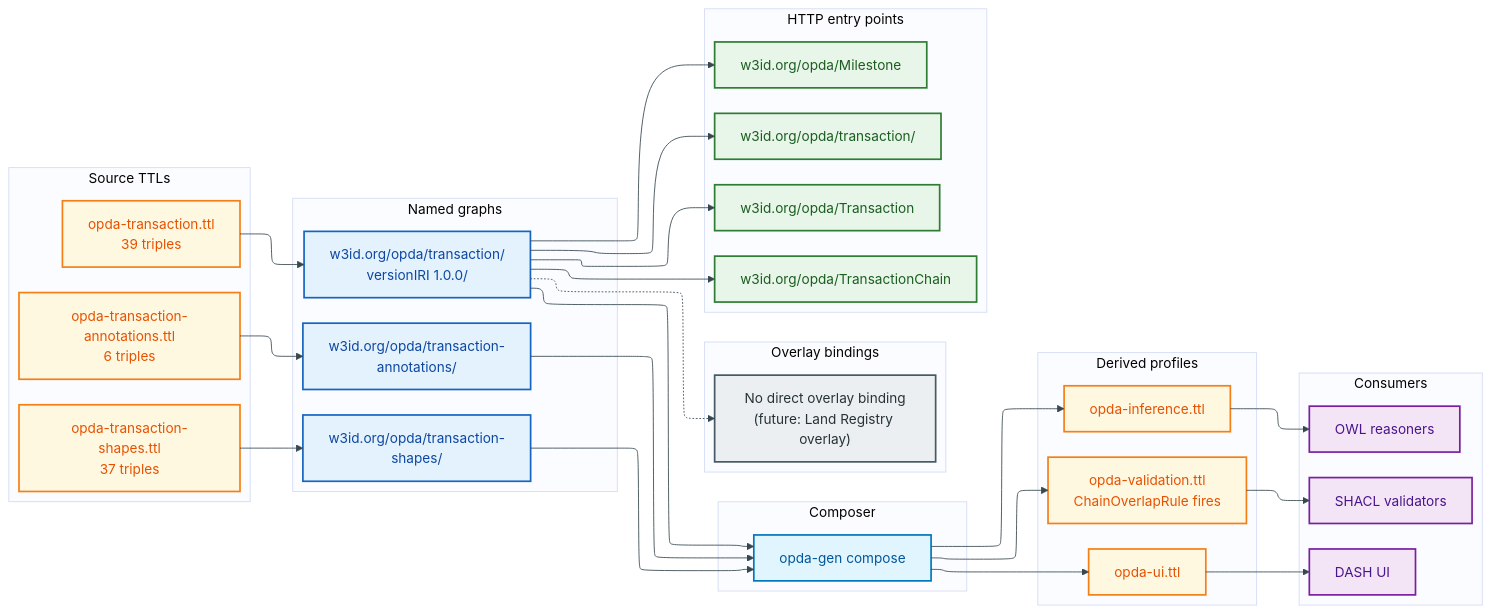
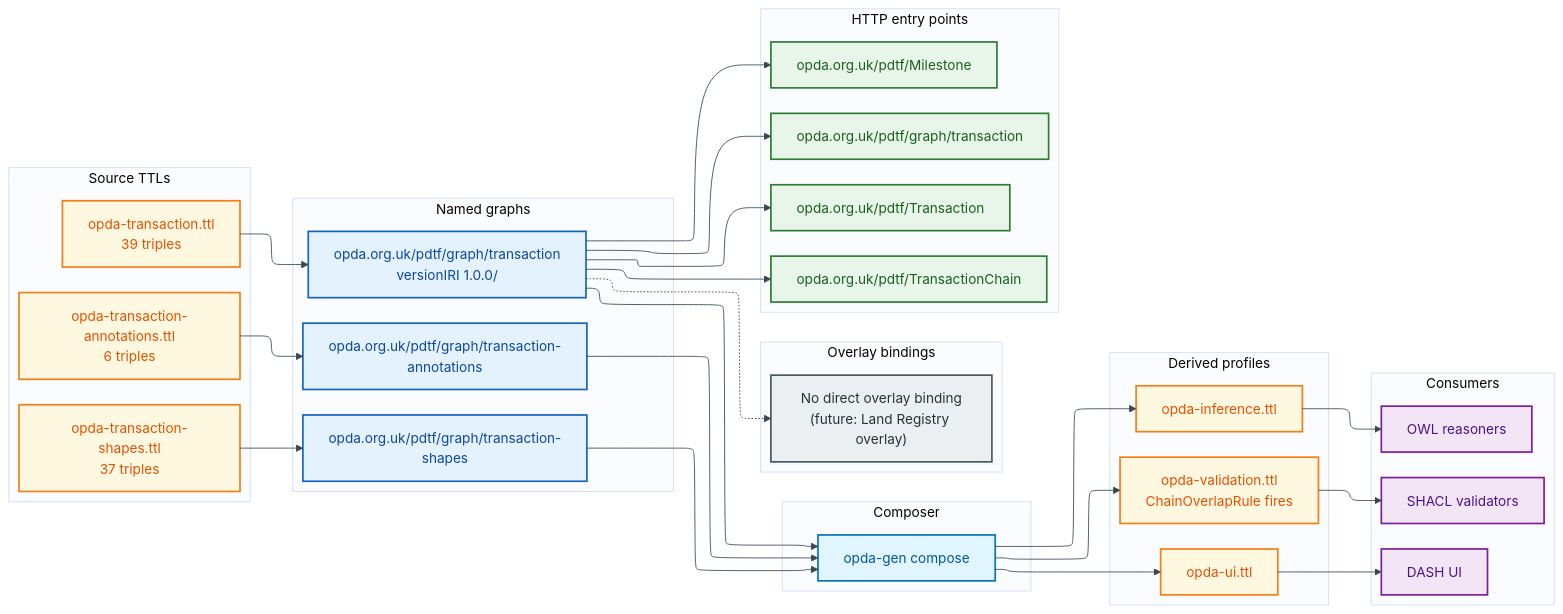
One commit to sparkling/opda changed the diagram in docs/manual/physical-database/modules/transaction.md. Above: the diagram before and after it, drawn with Mermaid. The commit also changed other lines of this file and 98 other files, not shown here.

First line of the commit message:
docs: migrate live IRI references to opda.org.uk/pdtf scheme (swarm)

````diff
--- a/docs/manual/physical-database/modules/transaction.md
+++ b/docs/manual/physical-database/modules/transaction.md
@@ -63,82 +63,82 @@
 ```mermaid
 ---
 config:
   layout: elk
   elk:
     mergeEdges: false
     nodePlacementStrategy: BRANDES_KOEPF
 ---
 %%{init: {"theme": "base", "themeVariables": {"primaryColor": "#FFF8E1", "primaryTextColor": "#E65100", "primaryBorderColor": "#F57F17", "lineColor": "#37474F"}}}%%
 flowchart LR
     accTitle: Transaction module deployment graph
     accDescr: Shows how Transaction TTLs flow through named graphs, derived profiles, and HTTP entry points. No overlay binds Transaction directly.
 
     classDef data fill:#FFF8E1,stroke:#F57F17,stroke-width:2px,color:#E65100
     classDef process fill:#E1F5FE,stroke:#0277BD,stroke-width:2px,color:#01579B
     classDef service fill:#E8F5E9,stroke:#2E7D32,stroke-width:2px,color:#1B5E20
     classDef user fill:#F3E5F5,stroke:#7B1FA2,stroke-width:2px,color:#4A148C
     classDef infra fill:#E3F2FD,stroke:#1565C0,stroke-width:2px,color:#0D47A1
     classDef external fill:#ECEFF1,stroke:#455A64,stroke-width:2px,color:#263238
 
     subgraph SRC["Source TTLs"]
         T["opda-transaction.ttl<br/>39 triples"]:::data
         S["opda-transaction-shapes.ttl<br/>37 triples"]:::data
         A["opda-transaction-annotations.ttl<br/>6 triples"]:::data
     end
 
     subgraph NG["Named graphs"]
-        NGT["w3id.org/opda/transaction/<br/>versionIRI 1.0.0/"]:::infra
-        NGS["w3id.org/opda/transaction-shapes/"]:::infra
-        NGA["w3id.org/opda/transaction-annotations/"]:::infra
+        NGT["opda.org.uk/pdtf/graph/transaction<br/>versionIRI 1.0.0/"]:::infra
+        NGS["opda.org.uk/pdtf/graph/transaction-shapes"]:::infra
+        NGA["opda.org.uk/pdtf/graph/transaction-annotations"]:::infra
     end
 
     subgraph CMP["Composer"]
         C["opda-gen compose"]:::process
     end
 
     subgraph DRV["Derived profiles"]
         DV["opda-validation.ttl<br/>ChainOverlapRule fires"]:::data
         DU["opda-ui.ttl"]:::data
         DI["opda-inference.ttl"]:::data
     end
 
     subgraph OVR["Overlay bindings"]
         OBN["No direct overlay binding<br/>(future: Land Registry overlay)"]:::external
     end
 
     subgraph HTTP["HTTP entry points"]
-        H1["w3id.org/opda/transaction/"]:::service
-        H2["w3id.org/opda/Transaction"]:::service
-        H3["w3id.org/opda/Milestone"]:::service
-        H4["w3id.org/opda/TransactionChain"]:::service
+        H1["opda.org.uk/pdtf/graph/transaction"]:::service
+        H2["opda.org.uk/pdtf/Transaction"]:::service
+        H3["opda.org.uk/pdtf/Milestone"]:::service
+        H4["opda.org.uk/pdtf/TransactionChain"]:::service
     end
 
     subgraph CONS["Consumers"]
         U1["SHACL validators"]:::user
         U2["DASH UI"]:::user
         U3["OWL reasoners"]:::user
     end
 
     T --> NGT
     S --> NGS
     A --> NGA
 
     NGT --> C
     NGS --> C
     NGA --> C
 
     C --> DV
     C --> DU
     C --> DI
 
     NGT -.-> OBN
 
     NGT --> H1
     NGT --> H2
     NGT --> H3
     NGT --> H4
 
     DV --> U1
     DU --> U2
     DI --> U3
 ```
````
